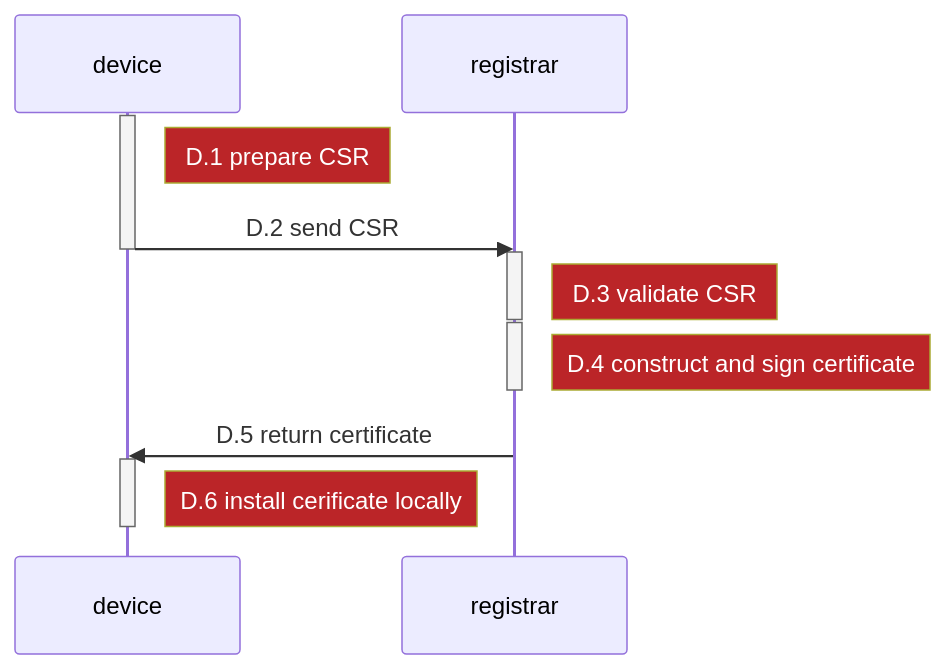
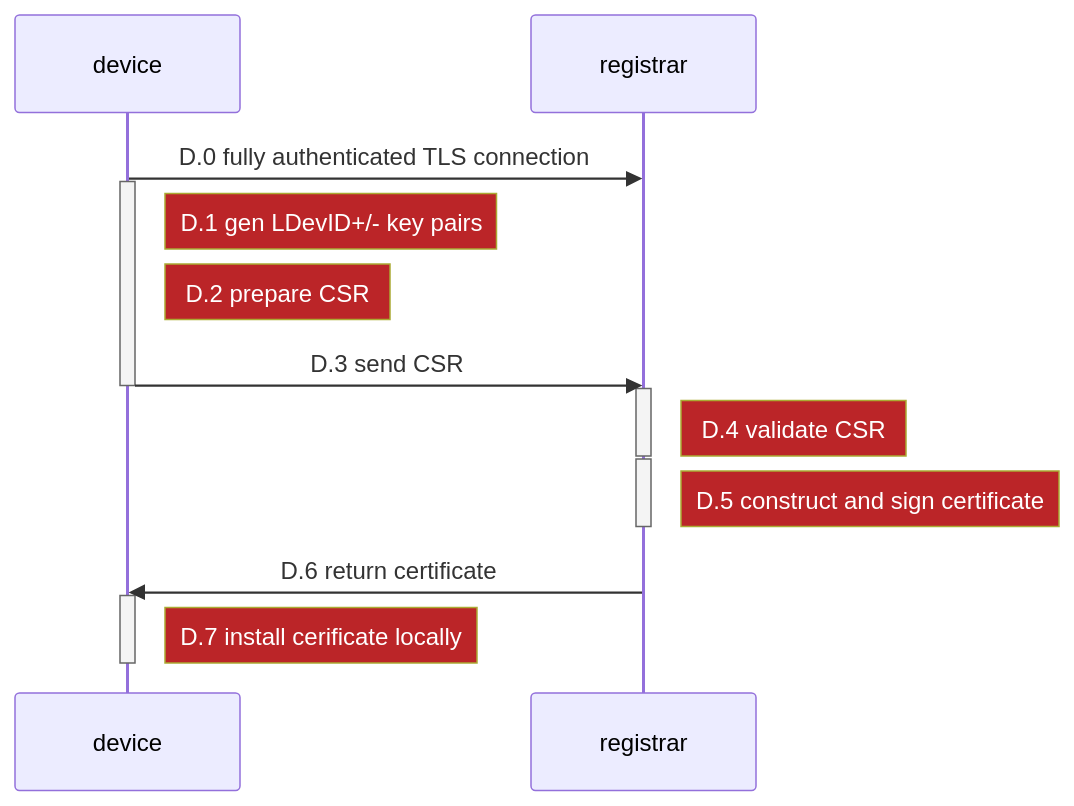
The fourth of 6 diagrams in packages/docusaurus/docs/build5-docs/20-prot-overview.md (nqminds/trustnetz), drawn with Mermaid before and after one commit. The commit also changed other lines of this file and 2 other files, not shown here.

````diff
--- a/packages/docusaurus/docs/build5-docs/20-prot-overview.md
+++ b/packages/docusaurus/docs/build5-docs/20-prot-overview.md
@@ -269,41 +273,42 @@
 ```mermaid
   %%{init: {
     'themeVariables': {
       'noteBkgColor': '#BB2528',
       'noteTextColor': '#fff'
     }
   }
 }%%
 
 %%{init:{'themeCSS': 'g:nth-of-type(1) .note { stroke:blue;fill: crimson; }; ' }}%%
  
     
 sequenceDiagram
     participant device
     participant registrar
  
-   
+    device->>registrar: D.0 fully authenticated TLS connection 
     activate device 
-    Note right of device: D.1 prepare CSR
-    device->>-registrar: D.2 send CSR
+    Note right of device: D.1 gen LDevID+/- key pairs
+    Note right of device: D.2 prepare CSR
+    device->>-registrar: D.3 send CSR
   
   	activate registrar    
-    Note right of registrar: D.3 validate CSR
+    Note right of registrar: D.4 validate CSR
     deactivate registrar
     
     activate registrar
-    Note right of registrar: D.4 construct and sign certificate
+    Note right of registrar: D.5 construct and sign certificate
     deactivate registrar
 
     
     
- 	registrar->>device : D.5 return certificate
+ 	registrar->>device : D.6 return certificate
 
     
     activate device 
-    Note right of device: D.6 install cerificate locally 
+    Note right of device: D.7 install cerificate locally 
     deactivate device 
         
     
 
 ```
````
